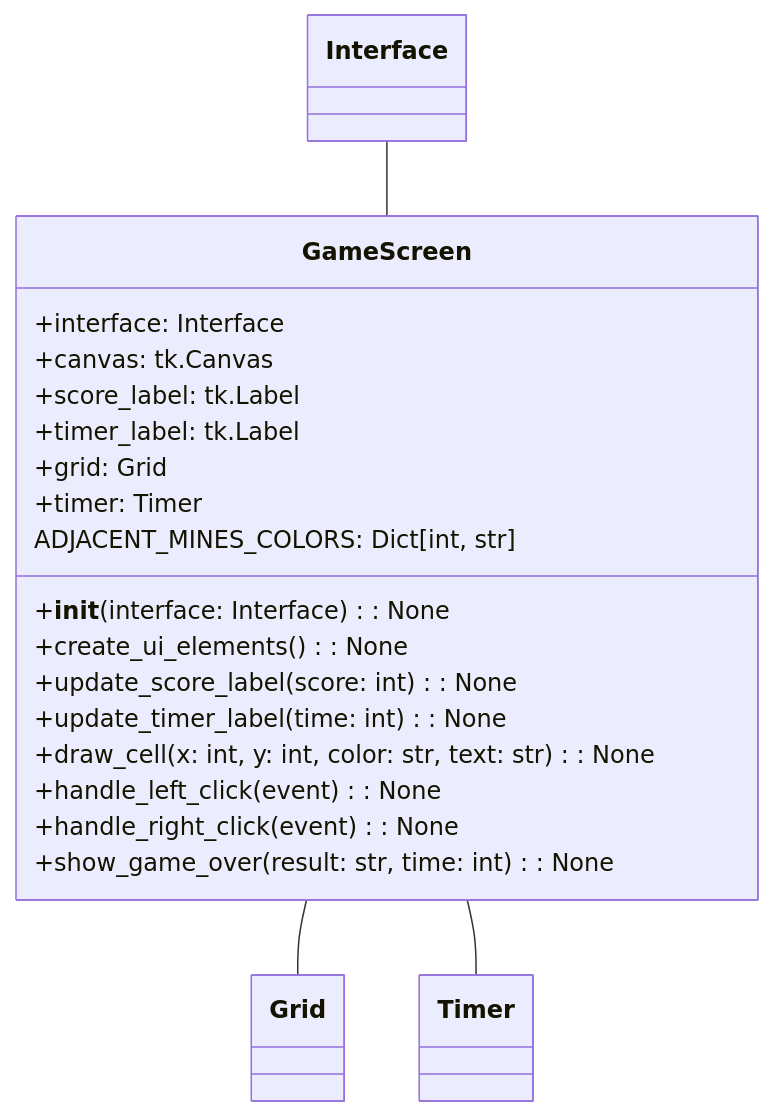
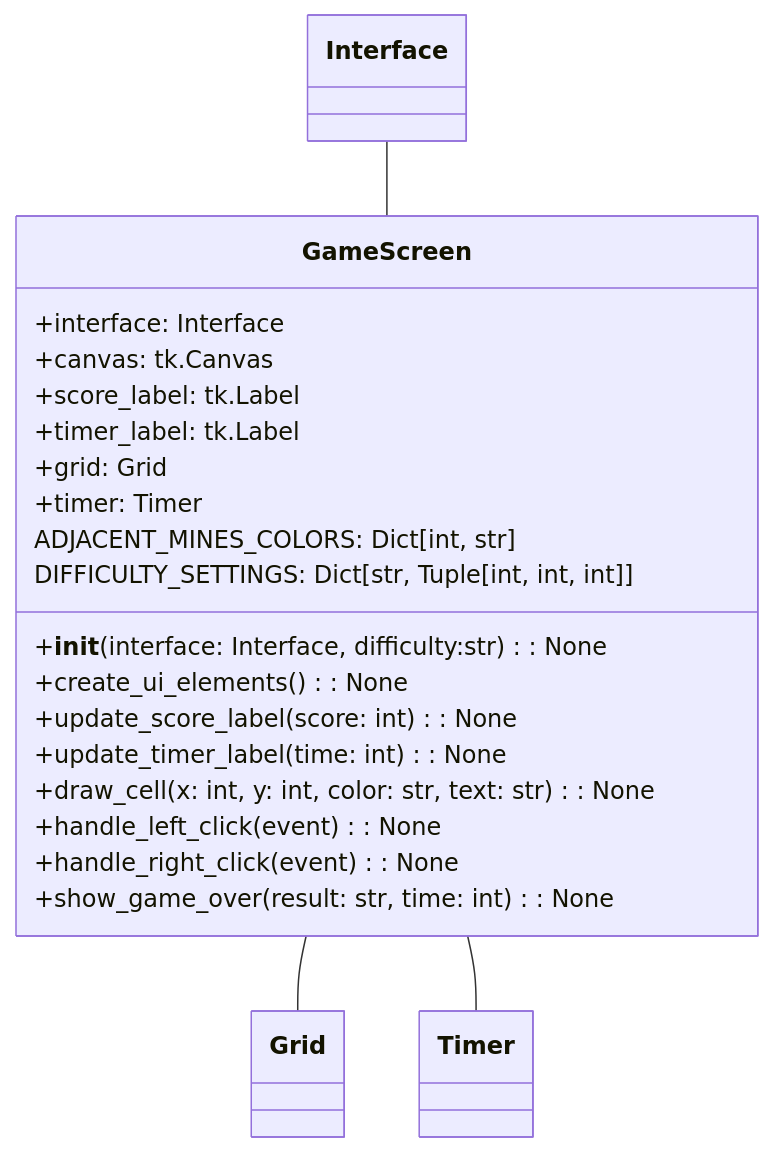
Before and after one commit to yu8ikmnbgt6y/chatgpt_minesweeper: the fifth of 10 diagrams in docs/class_diagrams/classdiagram.md, drawn with Mermaid. The commit also changed other lines of this file, not shown here.

Commit message:
update class diagrams

````diff
--- a/docs/class_diagrams/classdiagram.md
+++ b/docs/class_diagrams/classdiagram.md
@@ -112,24 +112,25 @@
 ```mermaid
 classDiagram
     class GameScreen {
         +interface: Interface
         +canvas: tk.Canvas
         +score_label: tk.Label
         +timer_label: tk.Label
         +grid: Grid
         +timer: Timer
         ADJACENT_MINES_COLORS: Dict[int, str]
+        DIFFICULTY_SETTINGS: Dict[str, Tuple[int, int, int]]
 
-        +__init__(interface: Interface): None
+        +__init__(interface: Interface, difficulty:str): None
         +create_ui_elements(): None
         +update_score_label(score: int): None
         +update_timer_label(time: int): None
         +draw_cell(x: int, y: int, color: str, text: str): None
         +handle_left_click(event): None
         +handle_right_click(event): None
         +show_game_over(result: str, time: int): None
     }
     Interface -- GameScreen
     GameScreen -- Grid
     GameScreen -- Timer
 ```
````
